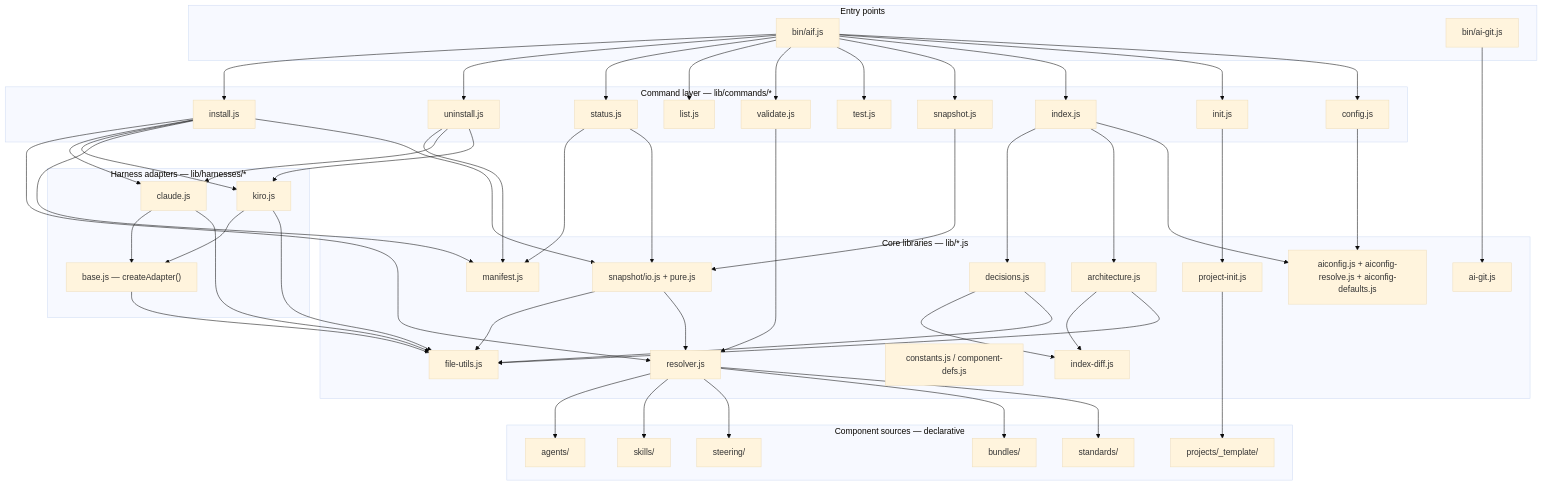
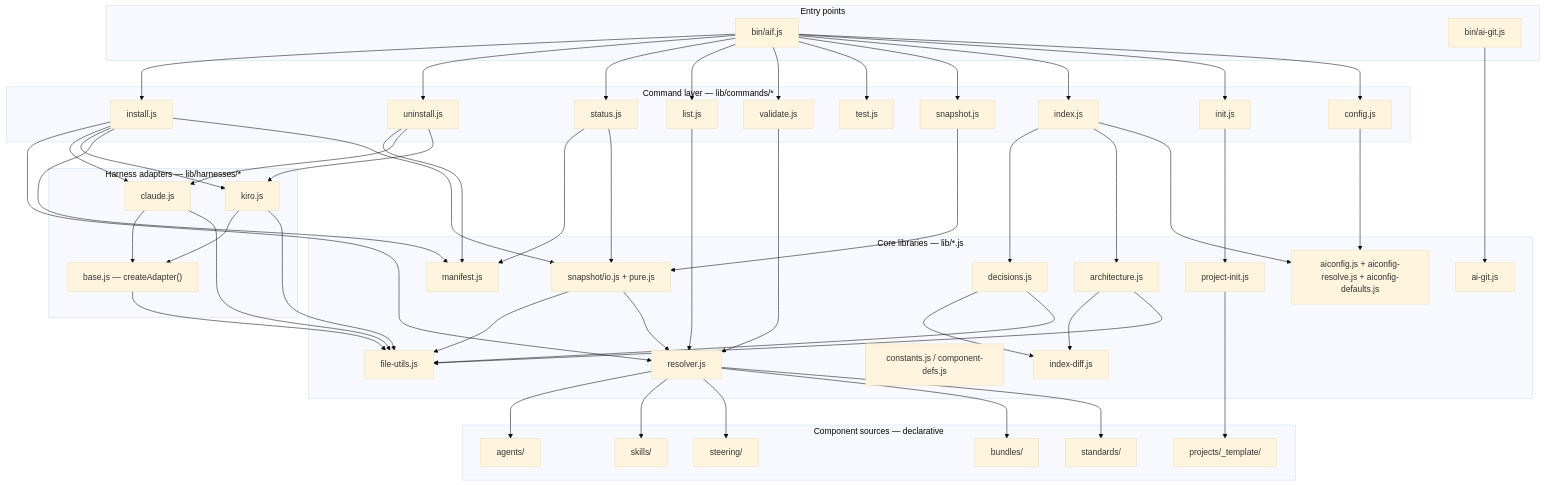
The diagram in docs/architecture/05_building_blocks.md (starvoxel/ai-foundation), drawn with Mermaid (base theme) before and after one commit. The commit also changed other lines of this file and 2 other files, not shown here.

```diff
--- a/docs/architecture/05_building_blocks.md
+++ b/docs/architecture/05_building_blocks.md
@@ -84,6 +88,7 @@
   Status --> Manifest
   Status --> SnapLib
   Snapshot --> SnapLib
+  List --> Resolver
   Validate --> Resolver
   Index --> Decisions
   Index --> Architecture
```
